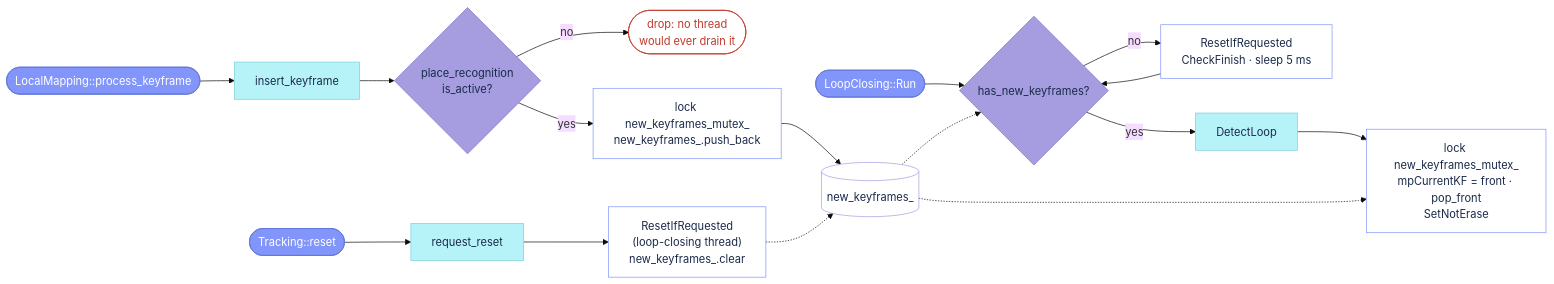
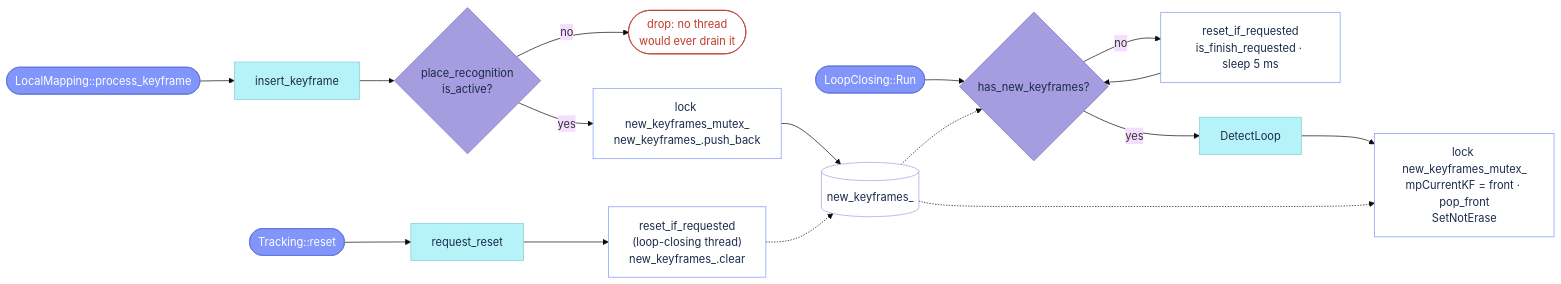
One commit to alejandrofontan/AllFeature-VSLAM changed the second of 4 diagrams in allfeature.md. Above: the diagram before and after it, drawn with Mermaid (base theme). The commit also changed other lines of this file and 3 other files, not shown here.

````diff
--- a/allfeature.md
+++ b/allfeature.md
@@ -40,31 +40,31 @@
 ```mermaid
 flowchart LR
     PK([LocalMapping::process_keyframe]) --> IK[insert_keyframe] --> ACT{place_recognition<br/>is_active?}
     ACT -- no --> DROP([drop: no thread<br/>would ever drain it])
     ACT -- yes --> PUSH["lock new_keyframes_mutex_<br/>new_keyframes_.push_back"]
     PUSH --> Q[(new_keyframes_)]
 
     RUN([LoopClosing::Run]) --> HNK{has_new_keyframes?}
-    HNK -- no --> SLEEP["ResetIfRequested<br/>CheckFinish · sleep 5 ms"] --> HNK
+    HNK -- no --> SLEEP["reset_if_requested<br/>is_finish_requested · sleep 5 ms"] --> HNK
     HNK -- yes --> DL[DetectLoop] --> POP["lock new_keyframes_mutex_<br/>mpCurrentKF = front · pop_front<br/>SetNotErase"]
     Q -.-> HNK
     Q -.-> POP
 
-    RST([Tracking::reset]) --> RR[request_reset] --> RIR["ResetIfRequested<br/>(loop-closing thread)<br/>new_keyframes_.clear"]
+    RST([Tracking::reset]) --> RR[request_reset] --> RIR["reset_if_requested<br/>(loop-closing thread)<br/>new_keyframes_.clear"]
     RIR -.-> Q
 
     %% VSLAM-LAB logo squares: cyan #b5f3f9, periwinkle #8195fb, lavender #a59ddf
     classDef entry fill:#8195fb,stroke:#5f74d6,color:#fff
     classDef step fill:#b5f3f9,stroke:#7fcfd8,color:#1b2a4a
     classDef check fill:#a59ddf,stroke:#7e75c4,color:#1b2a4a
     classDef cmd fill:#fff,stroke:#8195fb,color:#1b2a4a
     classDef stop fill:#fff,stroke:#c0392b,color:#c0392b
     classDef store fill:#fff,stroke:#a59ddf,color:#1b2a4a
 
     class PK,RUN,RST entry
     class IK,DL,RR step
     class ACT,HNK check
     class PUSH,POP,SLEEP,RIR cmd
     class DROP stop
     class Q store
 ```
````
